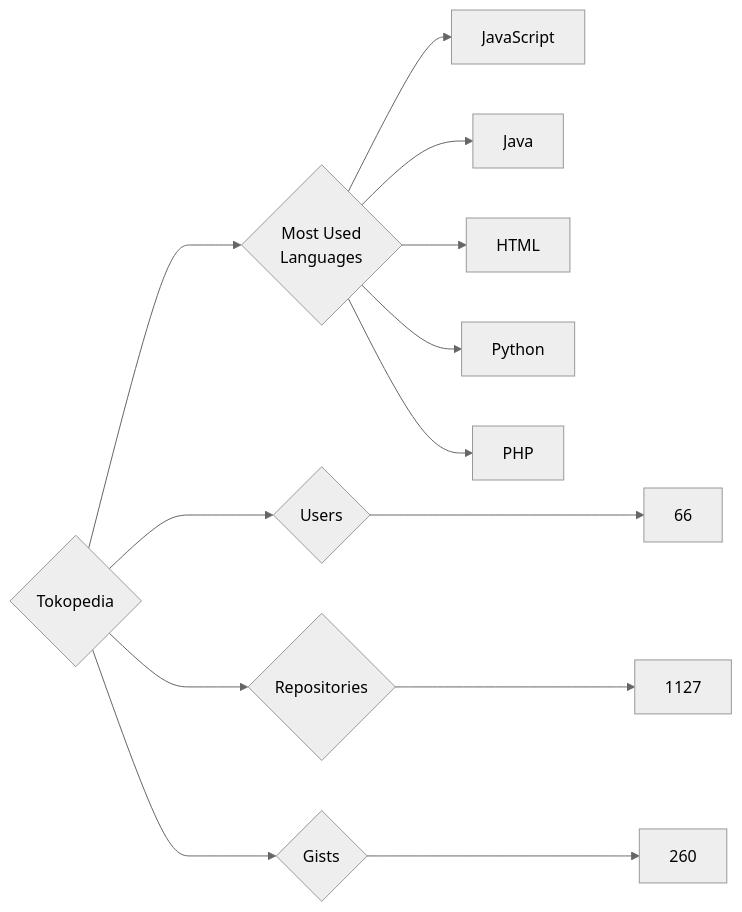
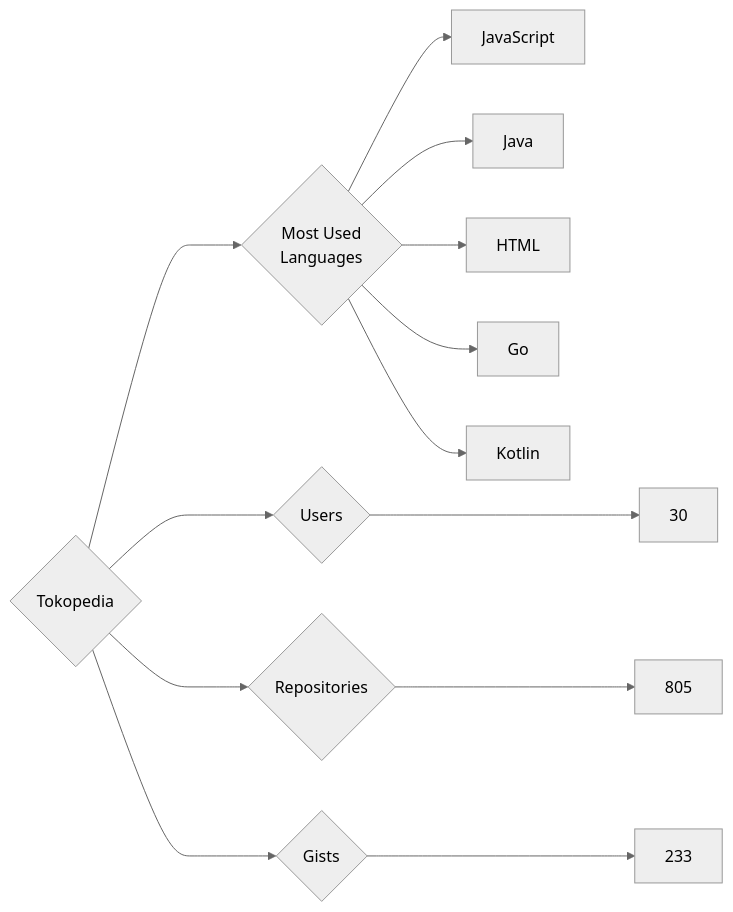
The diagram in targets/Tokopedia/README.md (trickest/insiders), drawn with Mermaid (neutral theme) before and after one commit. The commit also changed 787 other files, not shown here.

````diff
--- a/targets/Tokopedia/README.md
+++ b/targets/Tokopedia/README.md
@@ -3,13 +3,13 @@
 ```mermaid
 graph LR
 COMPANY_NAME{Tokopedia}
-COMPANY_NAME ---> U{Users} ---> UN[66]
-COMPANY_NAME ---> R{Repositories} ---> RN[1127]
-COMPANY_NAME ---> G{Gists} ---> GN[260]
+COMPANY_NAME ---> U{Users} ---> UN[30]
+COMPANY_NAME ---> R{Repositories} ---> RN[805]
+COMPANY_NAME ---> G{Gists} ---> GN[233]
 COMPANY_NAME ---> ML{Most Used<br>Languages}
 ML --> JavaScript[JavaScript]
 ML --> Java[Java]
 ML --> HTML[HTML]
-ML --> Python[Python]
-ML --> PHP[PHP]
+ML --> Go[Go]
+ML --> Kotlin[Kotlin]
 ```
````
